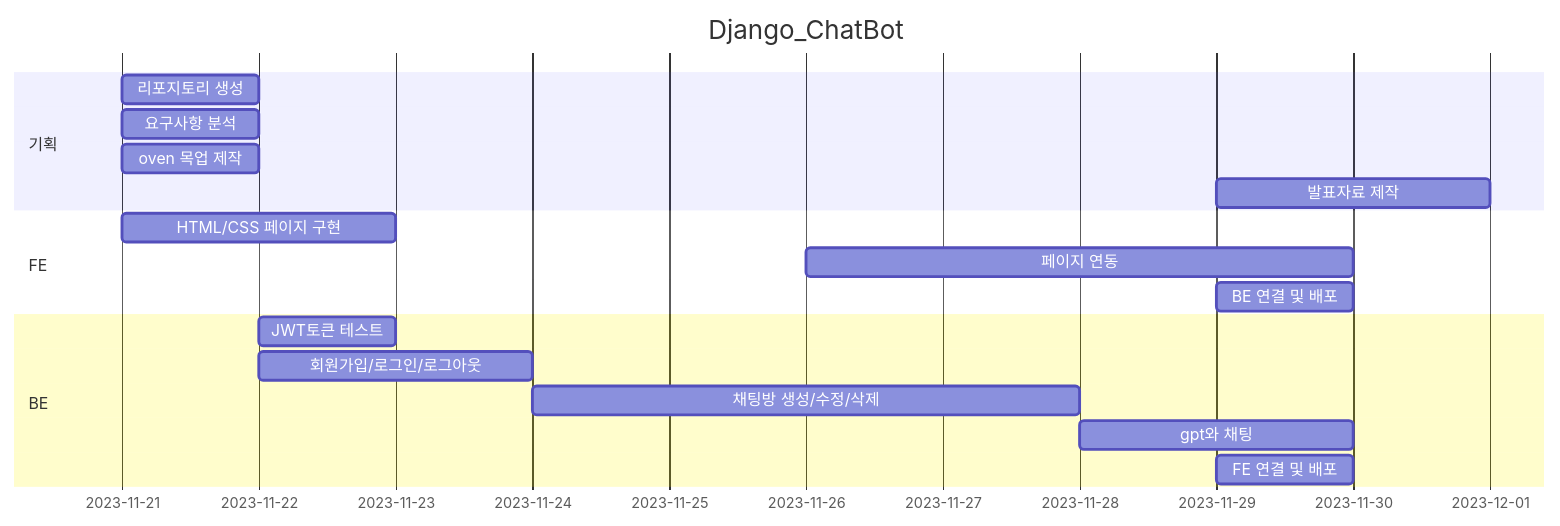
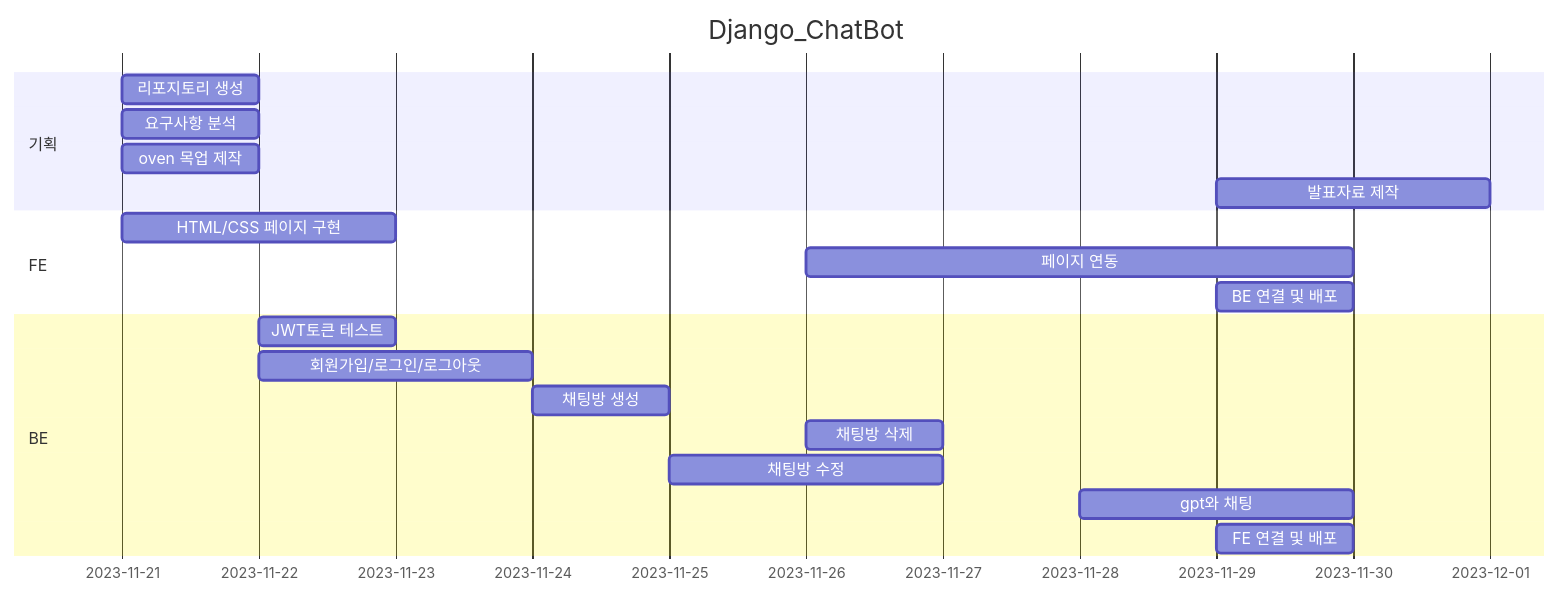
One commit to Ko-udon/Django_ChatBot changed the diagram in README.md. Above: the diagram before and after it, drawn with Mermaid. The commit also changed other lines of this file, not shown here.

````diff
--- a/README.md
+++ b/README.md
@@ -81,22 +130,24 @@
 ``` mermaid
 gantt
     title Django_ChatBot
     dateFormat YY-MM-DD
     section 기획
         리포지토리 생성 :2023-11-21, 1d
         요구사항 분석 :2023-11-21, 1d
         oven 목업 제작 :2023-11-21, 1d
         발표자료 제작 : 2023-11-29, 2d
     section FE
 	HTML/CSS 페이지 구현 :2023-11-21, 2d
 	페이지 연동 :2023-11-26, 4d
 	BE 연결 및 배포 :2023-11-29, 1d
     section BE
 	JWT토큰 테스트 :2023-11-22, 1d
 	회원가입/로그인/로그아웃 :2023-11-22, 2d
-	채팅방 생성/수정/삭제 :2023-11-24, 4d
+	채팅방 생성 :2023-11-24, 1d
+	채팅방 삭제 :2023-11-26, 1d
+	채팅방 수정 :2023-11-25, 2d
 	gpt와 채팅 :2023-11-28, 2d
 	FE 연결 및 배포 :2023-11-29, 1d
     section 발표자료 제작
 
 ```
````
